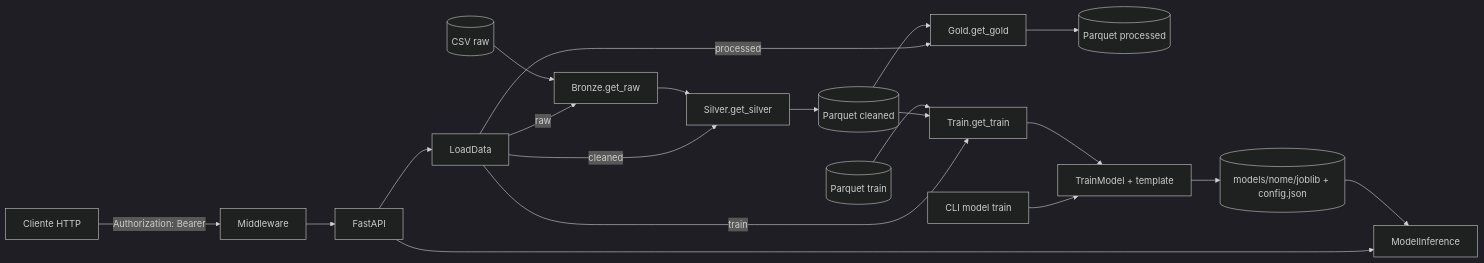
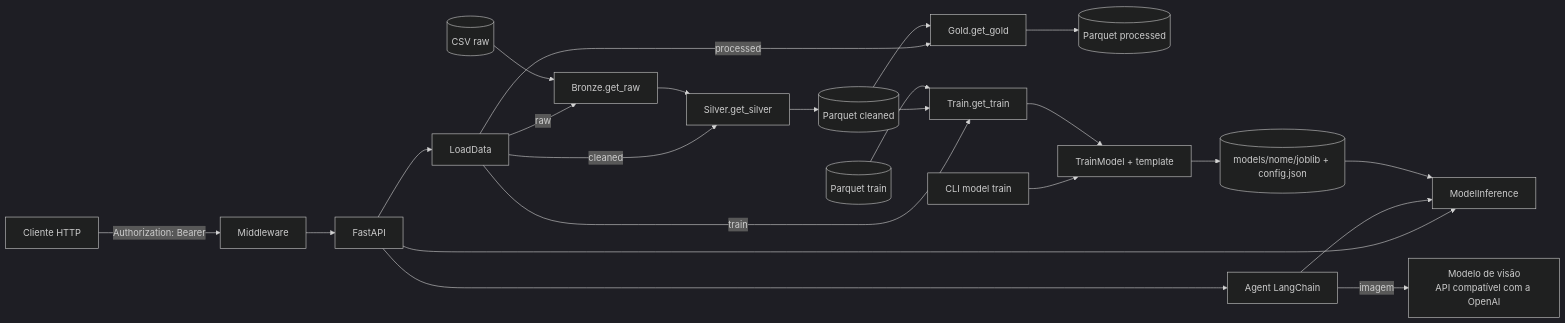
Before and after one commit to BrayanDevZN/AnaliseLeite: the second of 2 diagrams in README.md, drawn with Mermaid (dark theme). The commit also changed other lines of this file and 1 other file, not shown here.

````diff
--- a/README.md
+++ b/README.md
@@ -124,25 +126,28 @@
 ```mermaid
 flowchart LR
     U[Cliente HTTP] -->|Authorization: Bearer| MW[Middleware]
     MW --> API[FastAPI]
     API --> LOAD[LoadData]
     API --> INFER[ModelInference]
+    API --> AGENT[Agent LangChain]
+    AGENT -->|imagem| LLM[Modelo de visão<br/>API compatível com a OpenAI]
+    AGENT --> INFER
 
     LOAD -->|raw| BRONZE[Bronze.get_raw]
     LOAD -->|cleaned| SILVER[Silver.get_silver]
     LOAD -->|processed| GOLD[Gold.get_gold]
     LOAD -->|train| TR[Train.get_train]
 
     RAW[(CSV raw)] --> BRONZE
     BRONZE --> SILVER
     SILVER --> CLEAN[(Parquet cleaned)]
     CLEAN --> GOLD
     GOLD --> PROCESSED[(Parquet processed)]
     CLEAN --> TR
     TRAINFILES[(Parquet train)] --> TR
 
     CLI[CLI model train] --> TRAIN[TrainModel + template]
     TR --> TRAIN
     TRAIN --> MODEL[(models/nome/joblib + config.json)]
     MODEL --> INFER
 ```
````
